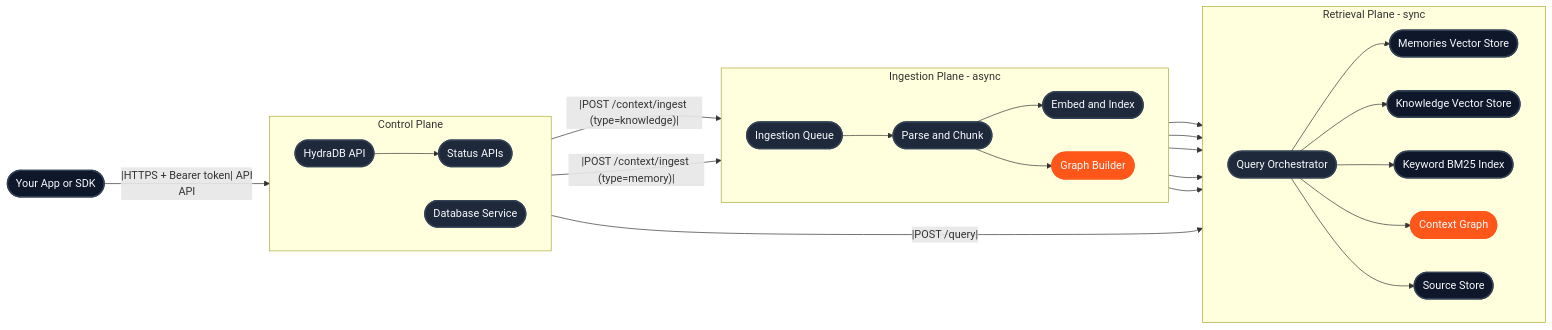
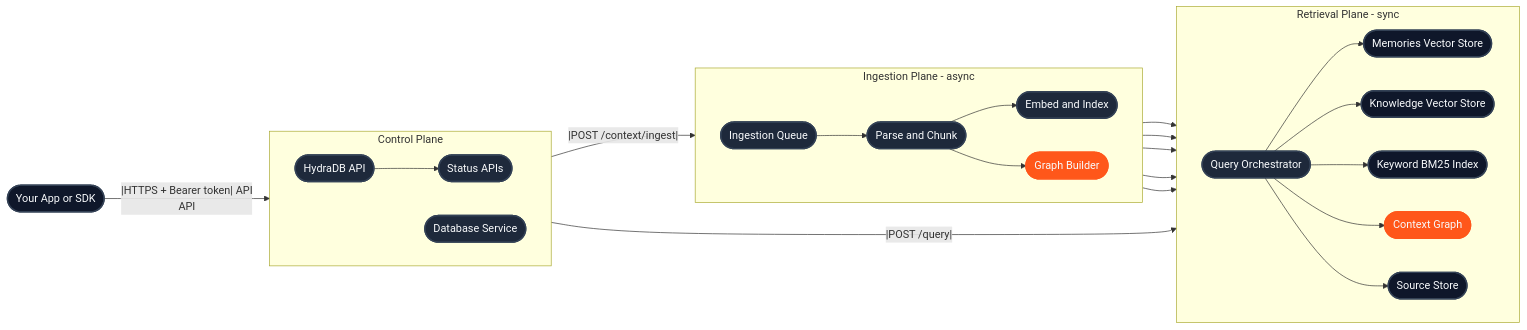
The first of 2 diagrams in essentials/v2/architecture.mdx (hydra-db/mintlify-docs), drawn with Mermaid before and after one commit. The commit also changed other lines of this file and 19 other files, not shown here.

````diff
--- a/essentials/v2/architecture.mdx
+++ b/essentials/v2/architecture.mdx
@@ -20,64 +20,63 @@
 ```mermaid
 flowchart LR
   Client([Your App or SDK])
   style Client fill:#0f172a,stroke:#334155,stroke-width:2px,color:#f8fafc,stroke-linecap:round
 
   subgraph Control[Control Plane]
     direction LR
     API([HydraDB API])
     Databases([Database Service])
     Status([Status APIs])
     style API fill:#1e293b,stroke:#334155,stroke-width:2px,color:#f8fafc,stroke-linecap:round
     style Databases fill:#1e293b,stroke:#334155,stroke-width:2px,color:#f8fafc,stroke-linecap:round
     style Status fill:#1e293b,stroke:#334155,stroke-width:2px,color:#f8fafc,stroke-linecap:round
   end
 
   subgraph Ingestion[Ingestion Plane - async]
     direction LR
     Queue([Ingestion Queue])
     Parser([Parse and Chunk])
     Embed([Embed and Index])
     Graph([Graph Builder])
     style Queue fill:#1e293b,stroke:#334155,stroke-width:2px,color:#f8fafc,stroke-linecap:round
     style Parser fill:#1e293b,stroke:#334155,stroke-width:2px,color:#f8fafc,stroke-linecap:round
     style Embed fill:#1e293b,stroke:#334155,stroke-width:2px,color:#f8fafc,stroke-linecap:round
     style Graph fill:#FF571A,stroke:#FF571A,stroke-width:2px,color:#f8fafc,stroke-linecap:round
   end
 
   subgraph Retrieval[Retrieval Plane - sync]
     direction LR
     Query([Query Orchestrator])
     MemVec([Memories Vector Store])
     KnowVec([Knowledge Vector Store])
     KeywordBM25([Keyword BM25 Index])
     ContextGraph([Context Graph])
     Sources([Source Store])
     style Query fill:#1e293b,stroke:#334155,stroke-width:2px,color:#f8fafc,stroke-linecap:round
     style MemVec fill:#0f172a,stroke:#334155,stroke-width:2px,color:#f8fafc,stroke-linecap:round
     style KnowVec fill:#0f172a,stroke:#334155,stroke-width:2px,color:#f8fafc,stroke-linecap:round
     style KeywordBM25 fill:#0f172a,stroke:#334155,stroke-width:2px,color:#f8fafc,stroke-linecap:round
     style ContextGraph fill:#FF571A,stroke:#FF571A,stroke-width:2px,color:#f8fafc,stroke-linecap:round
     style Sources fill:#0f172a,stroke:#334155,stroke-width:2px,color:#f8fafc,stroke-linecap:round
   end
 
   Client --|HTTPS + Bearer token| API
   API --> Databases
   API --> Status
-  API --|POST /context/ingest (type=knowledge)|--> Queue
-  API --|POST /context/ingest (type=memory)|--> Queue
+  API --|POST /context/ingest|--> Queue
   Queue --> Parser
   Parser --> Sources
   Parser --> Embed
   Embed --> MemVec
   Embed --> KnowVec
   Embed --> KeywordBM25
   Parser --> Graph
   Graph --> ContextGraph
 
   API --|POST /query|--> Query
   Query --> MemVec
   Query --> KnowVec
   Query --> KeywordBM25
   Query --> ContextGraph
   Query --> Sources
 ```
````
